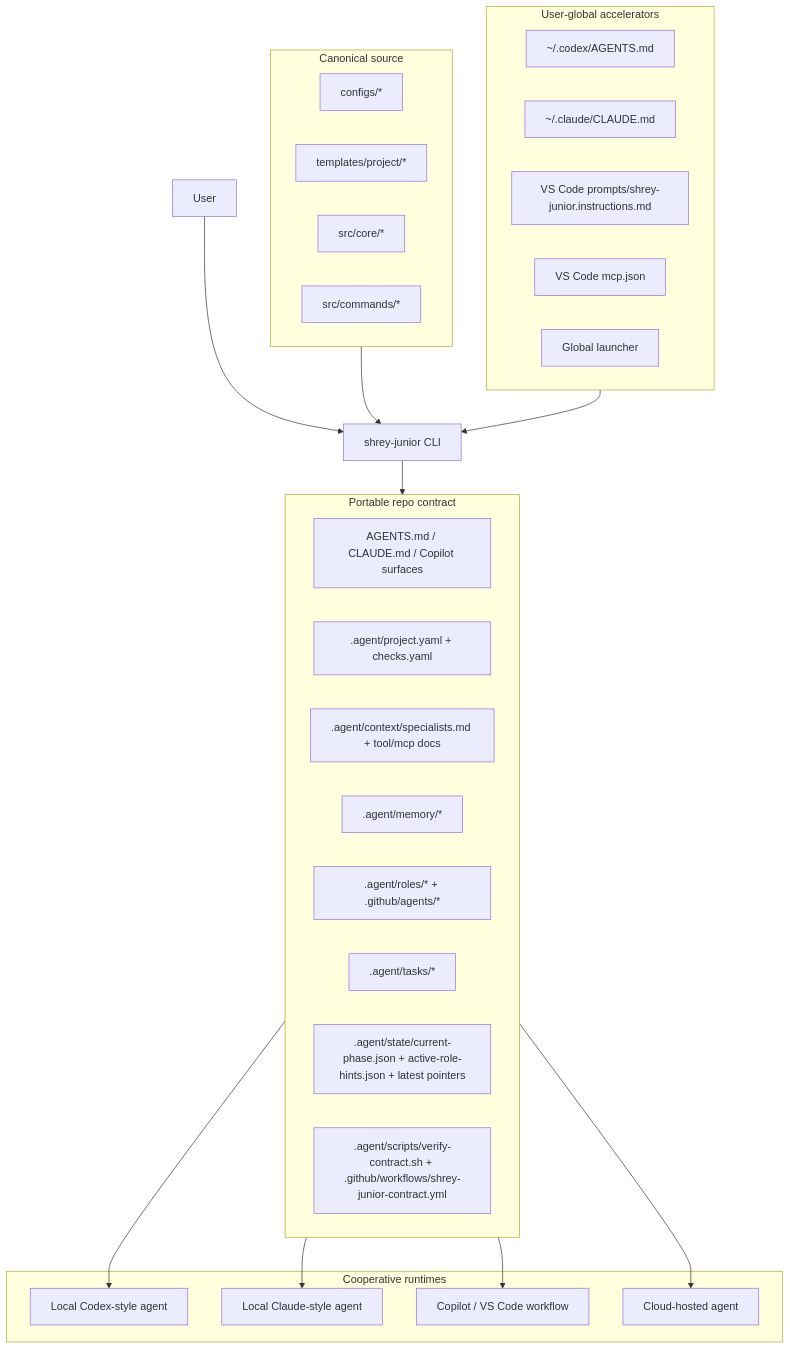
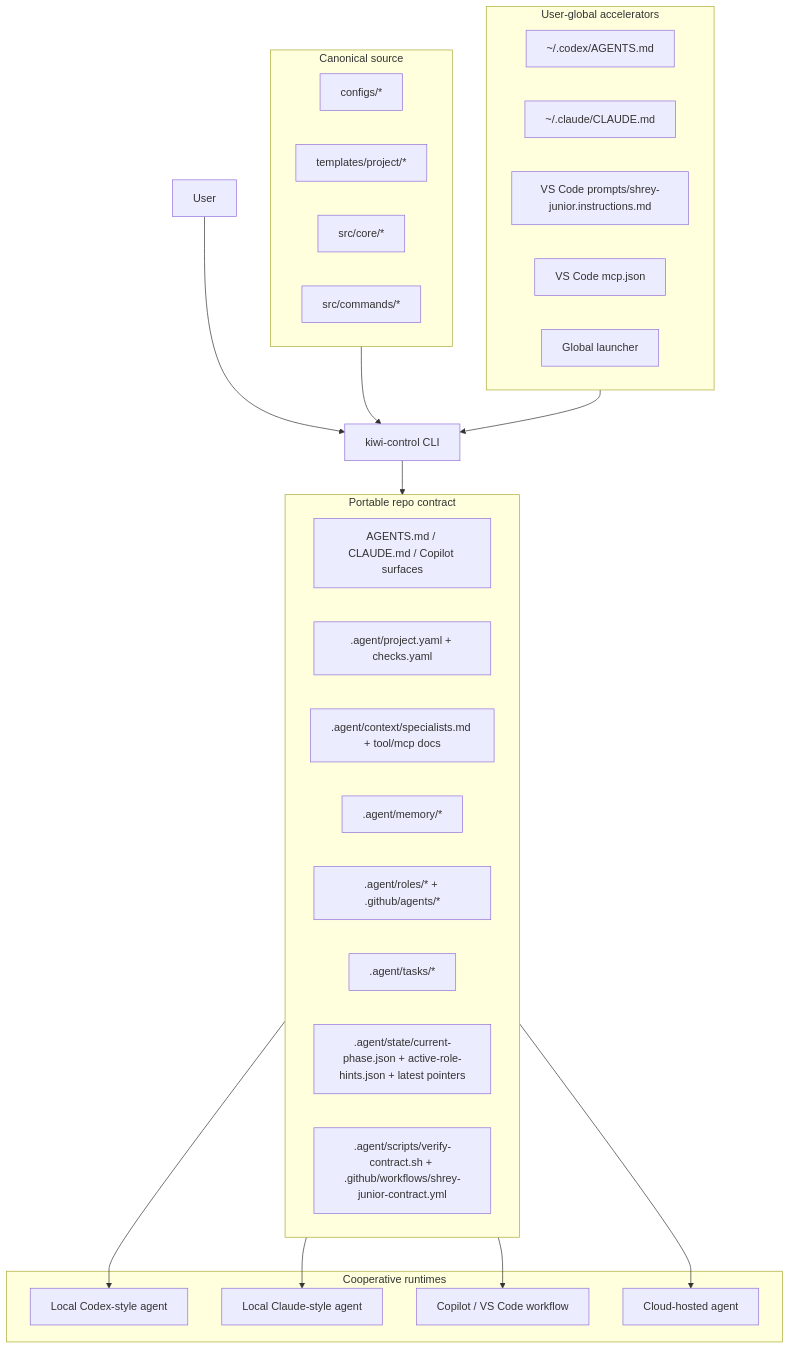
The first of 8 diagrams in docs/technical-architecture.md (sonishrey9/kiwi_control), drawn with Mermaid before and after one commit. The commit also changed other lines of this file and 96 other files, not shown here.

````diff
--- a/docs/technical-architecture.md
+++ b/docs/technical-architecture.md
@@ -89,45 +89,45 @@
 ```mermaid
 flowchart TB
-    U["User"] --> CLI["shrey-junior CLI"]
+    U["User"] --> CLI["kiwi-control CLI"]
 
     subgraph Global["User-global accelerators"]
         G1["~/.codex/AGENTS.md"]
         G2["~/.claude/CLAUDE.md"]
         G3["VS Code prompts/shrey-junior.instructions.md"]
         G4["VS Code mcp.json"]
         G5["Global launcher"]
     end
 
     subgraph Canonical["Canonical source"]
         C1["configs/*"]
         C2["templates/project/*"]
         C3["src/core/*"]
         C4["src/commands/*"]
     end
 
     subgraph Repo["Portable repo contract"]
         R1["AGENTS.md / CLAUDE.md / Copilot surfaces"]
         R2[".agent/project.yaml + checks.yaml"]
         R3[".agent/context/specialists.md + tool/mcp docs"]
         R4[".agent/memory/*"]
         R5[".agent/roles/* + .github/agents/*"]
         R6[".agent/tasks/*"]
         R7[".agent/state/current-phase.json + active-role-hints.json + latest pointers"]
         R8[".agent/scripts/verify-contract.sh + .github/workflows/shrey-junior-contract.yml"]
     end
 
     subgraph Tools["Cooperative runtimes"]
         T1["Local Codex-style agent"]
         T2["Local Claude-style agent"]
         T3["Copilot / VS Code workflow"]
         T4["Cloud-hosted agent"]
     end
 
     Canonical --> CLI
     Global --> CLI
     CLI --> Repo
     Repo --> T1
     Repo --> T2
     Repo --> T3
     Repo --> T4
 ```
````
